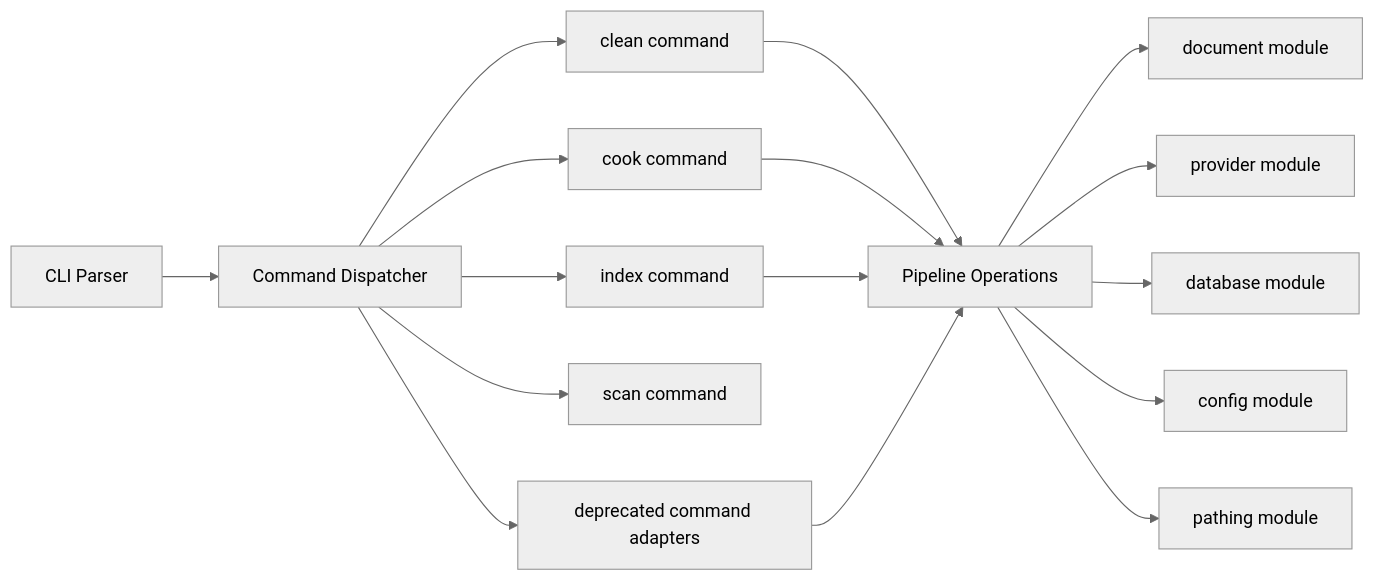
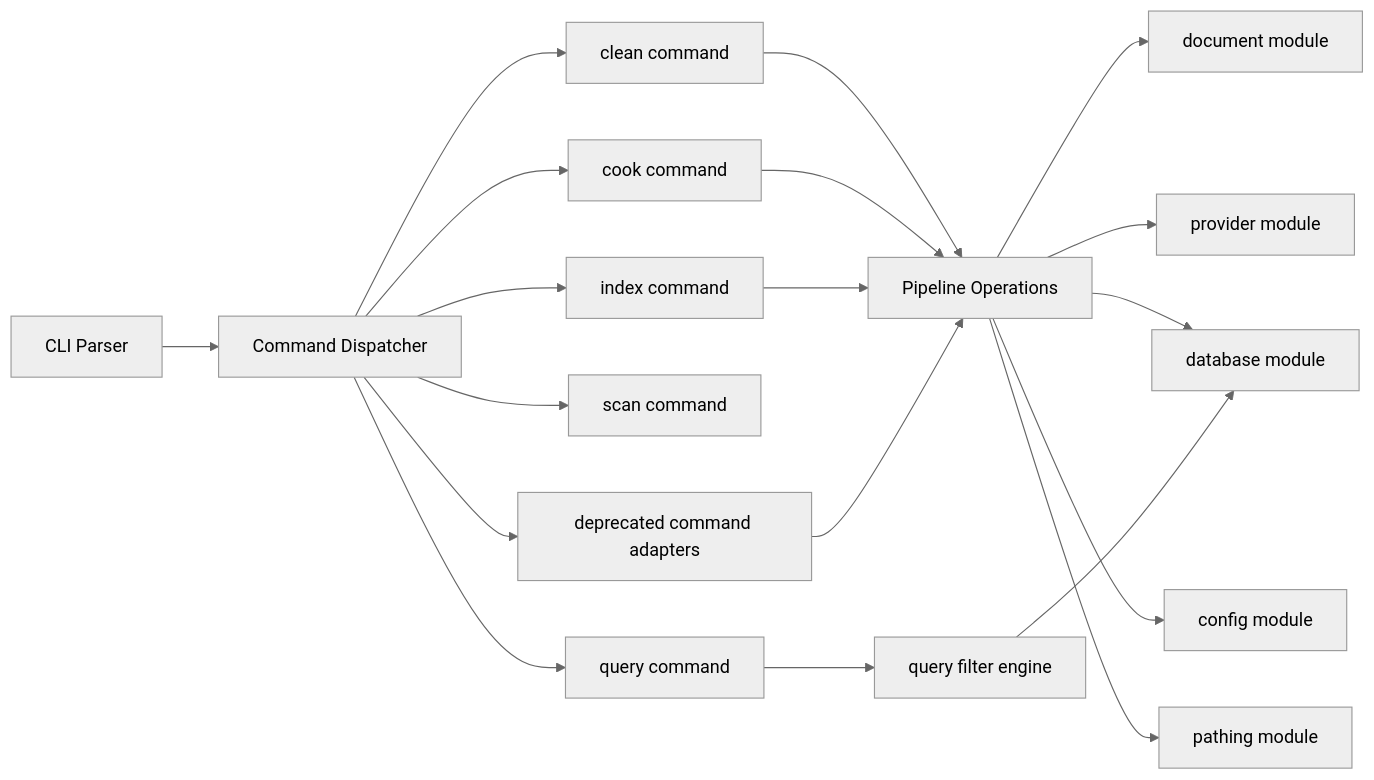
Before and after one commit to rawrobot/kbmeta: the first of 6 diagrams in doc/design.md, drawn with Mermaid (neutral theme). The commit also changed other lines of this file and 19 other files, not shown here.

````diff
--- a/doc/design.md
+++ b/doc/design.md
@@ -14,21 +14,25 @@
 ```mermaid
 flowchart LR
     CLI[CLI Parser] --> CMD[Command Dispatcher]
 
     CMD --> C1[clean command]
     CMD --> C2[cook command]
     CMD --> C3[index command]
     CMD --> C4[scan command]
-    CMD --> C5[deprecated command adapters]
+    CMD --> C5[query command]
+    CMD --> C6[deprecated command adapters]
 
     C1 --> OPS[Pipeline Operations]
     C2 --> OPS
     C3 --> OPS
-    C5 --> OPS
+    C6 --> OPS
+
+    C5 --> QRY[query filter engine]
 
     OPS --> DOC[document module]
     OPS --> PROV[provider module]
     OPS --> DB[database module]
     OPS --> CFG[config module]
-  OPS --> PATH[pathing module]
+    OPS --> PATH[pathing module]
+    QRY --> DB
 ```
````
